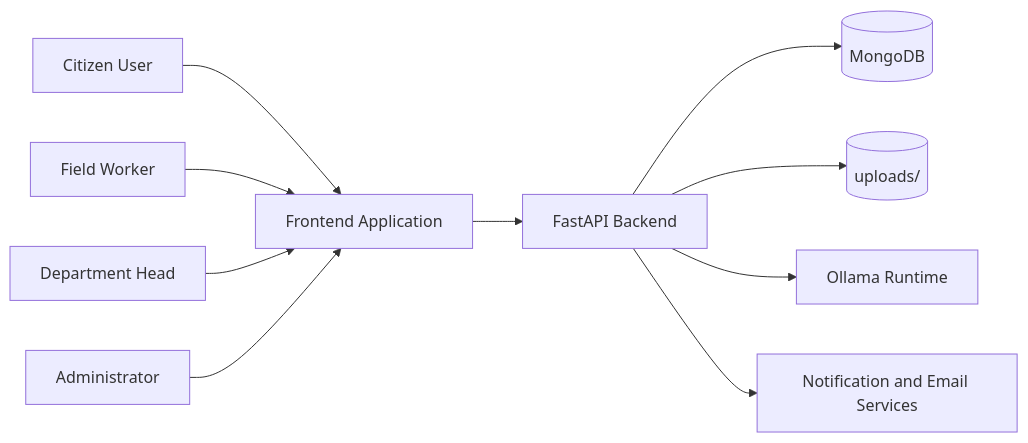
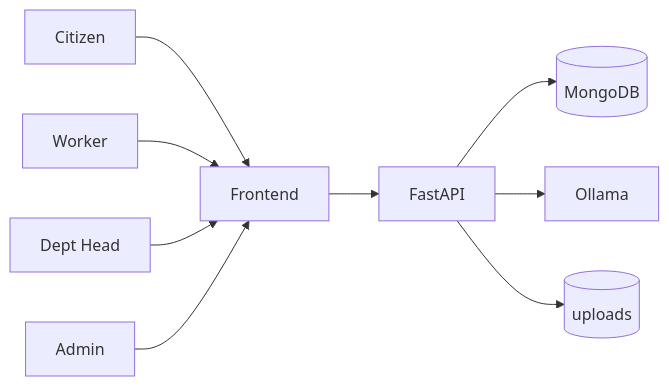
The third of 10 diagrams in docs/reports/PROJECT_REPORT.md (ark5234/Jan-Sunwai-AI), drawn with Mermaid before and after one commit. The commit also changed other lines of this file and 1 other file, not shown here.

````diff
--- a/docs/reports/PROJECT_REPORT.md
+++ b/docs/reports/PROJECT_REPORT.md
@@ -87,13 +379,11 @@
 ```mermaid
 flowchart LR
-    Citizen[Citizen User] --> FE[Frontend Application]
-    Worker[Field Worker] --> FE
-    DeptHead[Department Head] --> FE
-    Admin[Administrator] --> FE
-
-    FE --> API[FastAPI Backend]
+    Citizen[Citizen] --> FE[Frontend]
+    Worker[Worker] --> FE
+    DeptHead[Dept Head] --> FE
+    Admin[Admin] --> FE
+    FE --> API[FastAPI]
     API --> DB[(MongoDB)]
-    API --> UP[(uploads/)]
-    API --> OLLAMA[Ollama Runtime]
-    API --> NOTIFY[Notification and Email Services]
+    API --> OLLAMA[Ollama]
+    API --> UP[(uploads)]
 ```
````
